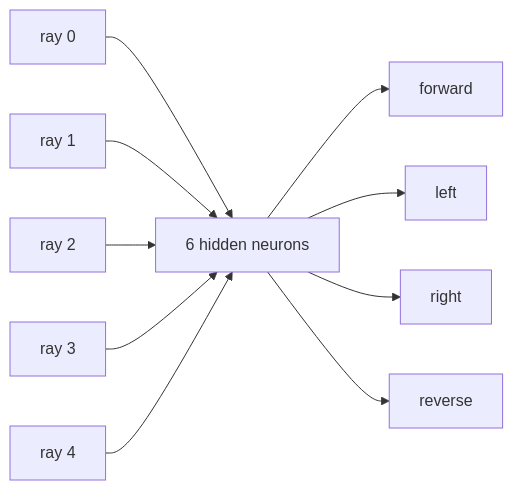
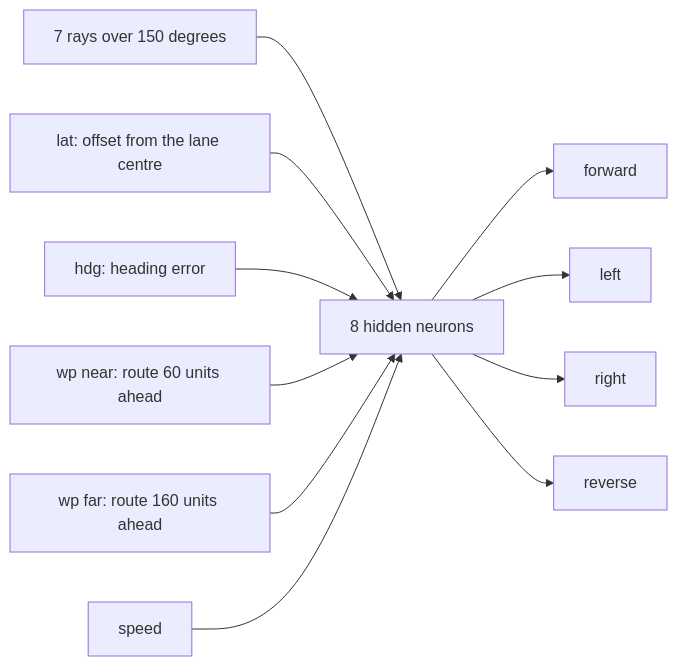
Before and after one commit to noahatc12/neurodrive-city: the third of 5 diagrams in README.md, drawn with Mermaid. The commit also changed other lines of this file and 38 other files, not shown here.

````diff
--- a/README.md
+++ b/README.md
@@ -119,12 +129,13 @@
 ```mermaid
 flowchart LR
-  R0[ray 0] --> H[6 hidden neurons]
-  R1[ray 1] --> H
-  R2[ray 2] --> H
-  R3[ray 3] --> H
-  R4[ray 4] --> H
+  R[7 rays over 150 degrees] --> H[8 hidden neurons]
+  L[lat: offset from the lane centre] --> H
+  D[hdg: heading error] --> H
+  N[wp near: route 60 units ahead] --> H
+  W[wp far: route 160 units ahead] --> H
+  S[speed] --> H
   H --> F[forward]
   H --> Le[left]
   H --> Ri[right]
   H --> Re[reverse]
 ```
````
